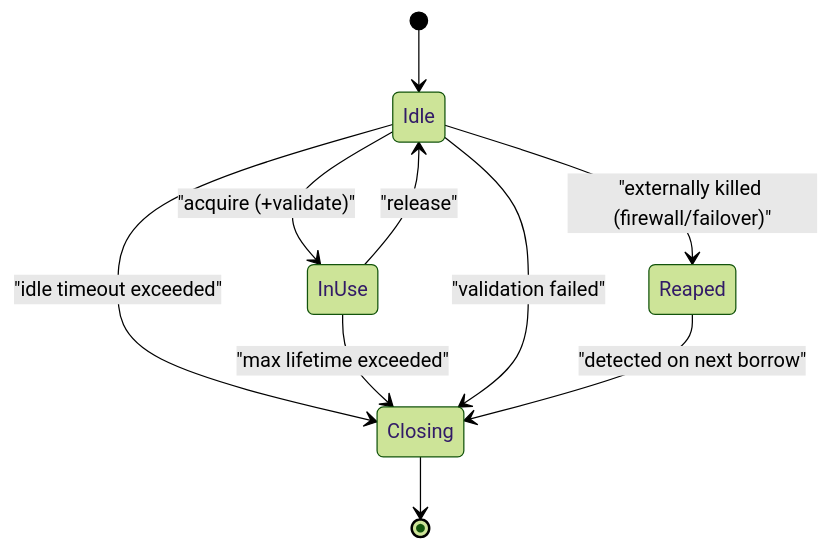
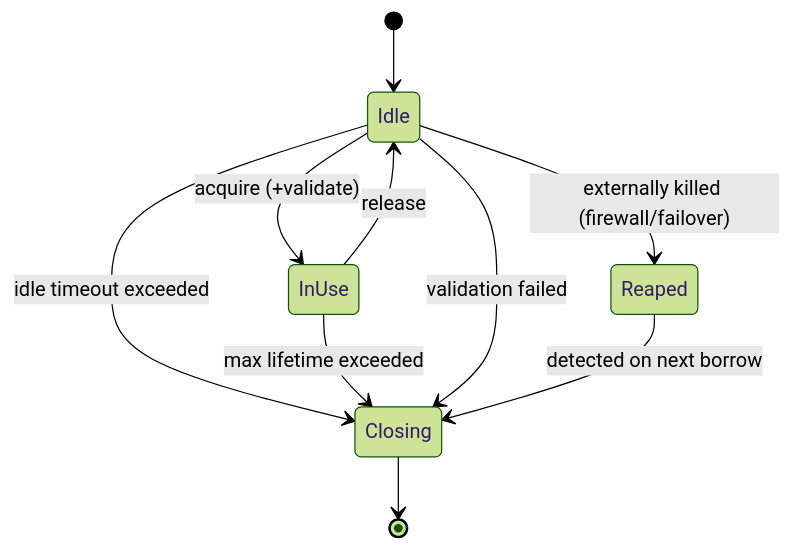
One commit to vabs/vabs.github.io changed the second of 2 diagrams in content/post/connection-pooling-pitfalls.md. Above: the diagram before and after it, drawn with Mermaid (forest theme). The commit also changed other lines of this file and 87 other files, not shown here.

First line of the commit message:
Fix: Readable mermaid diagrams and fact-check blog posts

```diff
--- a/content/post/connection-pooling-pitfalls.md
+++ b/content/post/connection-pooling-pitfalls.md
@@ -77,12 +77,12 @@
 {{< mermaid >}}
 stateDiagram-v2
     [*] --> Idle
-    Idle --> InUse: "acquire (+validate)"
-    InUse --> Idle: "release"
-    Idle --> Closing: "idle timeout exceeded"
-    InUse --> Closing: "max lifetime exceeded"
-    Idle --> Closing: "validation failed"
+    Idle --> InUse: acquire (+validate)
+    InUse --> Idle: release
+    Idle --> Closing: idle timeout exceeded
+    InUse --> Closing: max lifetime exceeded
+    Idle --> Closing: validation failed
     Closing --> [*]
-    Idle --> Reaped: "externally killed (firewall/failover)"
-    Reaped --> Closing: "detected on next borrow"
+    Idle --> Reaped: externally killed (firewall/failover)
+    Reaped --> Closing: detected on next borrow
 {{< /mermaid >}}
```
